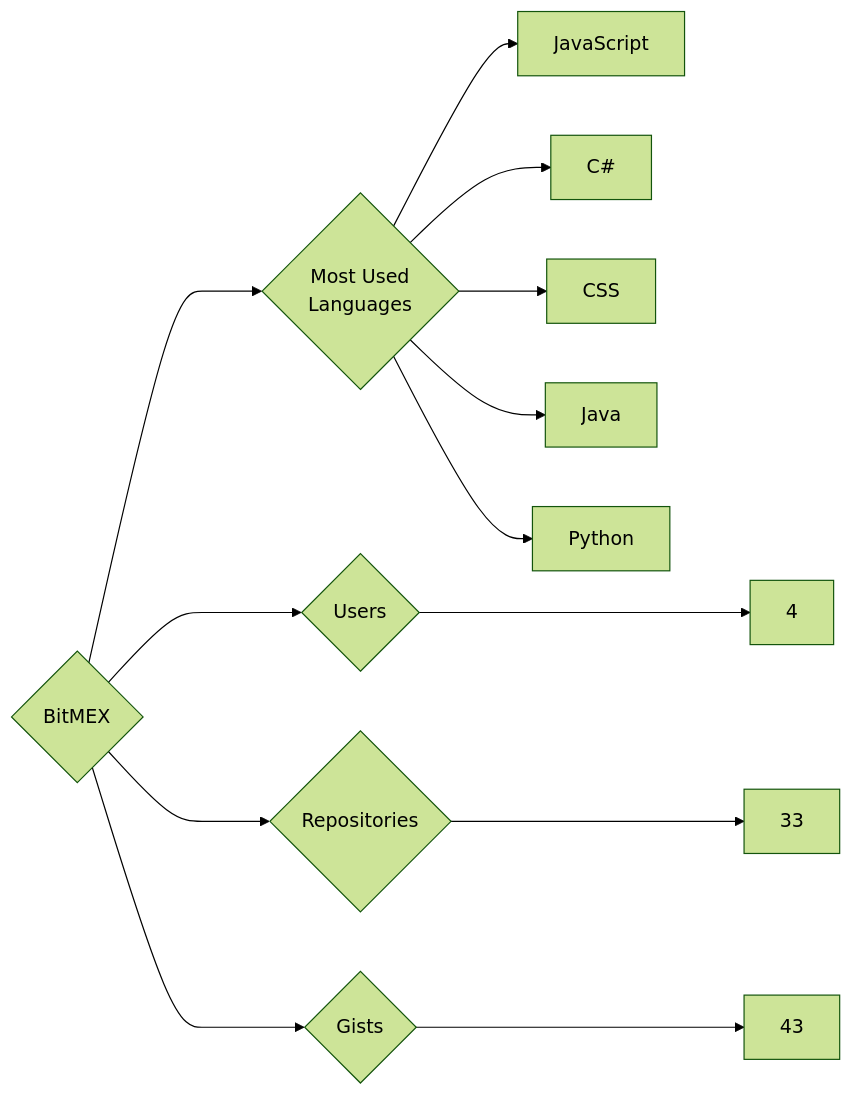
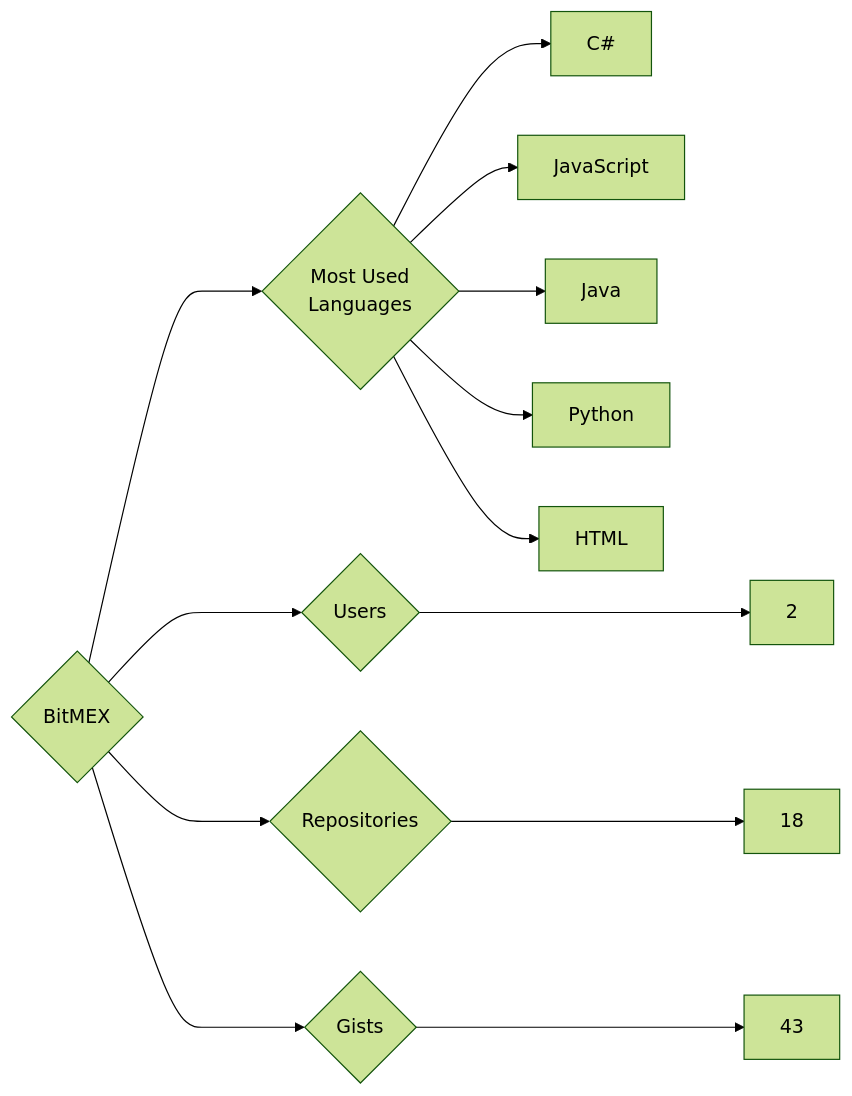
One commit to trickest/insiders changed the diagram in targets/BitMEX/README.md. Above: the diagram before and after it, drawn with Mermaid (forest theme). The commit also changed 636 other files, not shown here.

````diff
--- a/targets/BitMEX/README.md
+++ b/targets/BitMEX/README.md
@@ -3,13 +3,13 @@
 ```mermaid
 graph LR
 COMPANY_NAME{BitMEX}
-COMPANY_NAME ---> U{Users} ---> UN[4]
-COMPANY_NAME ---> R{Repositories} ---> RN[33]
+COMPANY_NAME ---> U{Users} ---> UN[2]
+COMPANY_NAME ---> R{Repositories} ---> RN[18]
 COMPANY_NAME ---> G{Gists} ---> GN[43]
 COMPANY_NAME ---> ML{Most Used<br>Languages}
+ML --> C#[C#]
 ML --> JavaScript[JavaScript]
-ML --> C#[C#]
-ML --> CSS[CSS]
 ML --> Java[Java]
 ML --> Python[Python]
+ML --> HTML[HTML]
 ```
````
